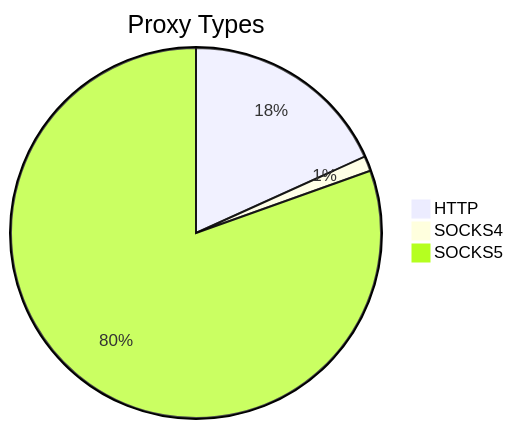
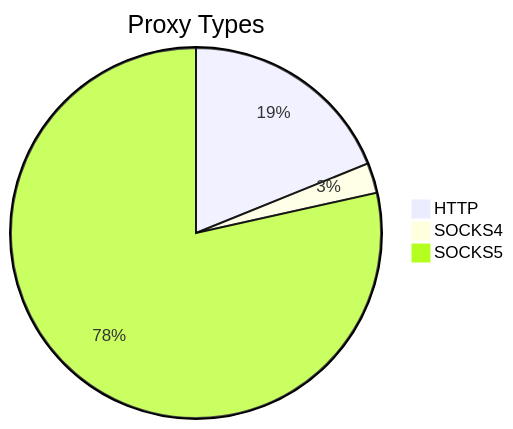
One commit to stormsia/proxy-list changed the first of 2 diagrams in README.md. Above: the diagram before and after it, drawn with Mermaid. The commit also changed other lines of this file, not shown here.

````diff
--- a/README.md
+++ b/README.md
@@ -21,6 +21,6 @@
 ```mermaid
 pie title Proxy Types
-    "HTTP" : 223
-    "SOCKS4" : 16
-    "SOCKS5" : 984
+    "HTTP" : 351
+    "SOCKS4" : 49
+    "SOCKS5" : 1459
 ```
````
